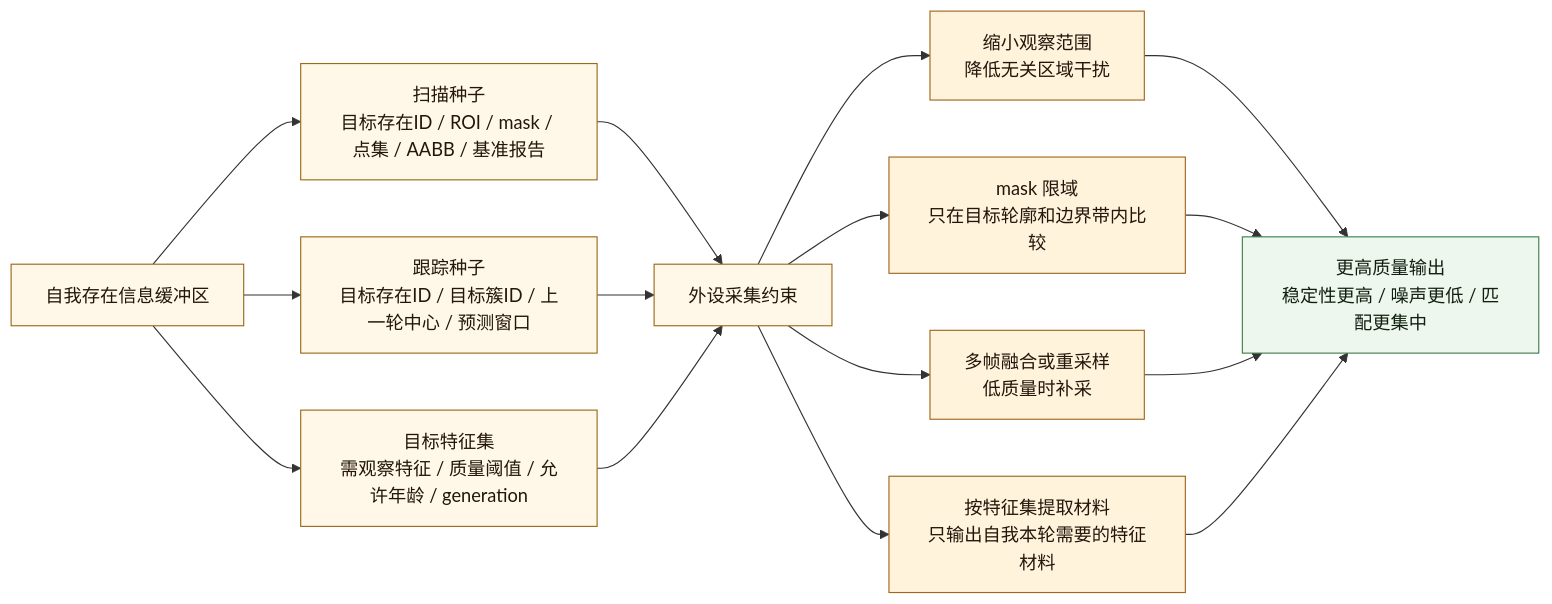
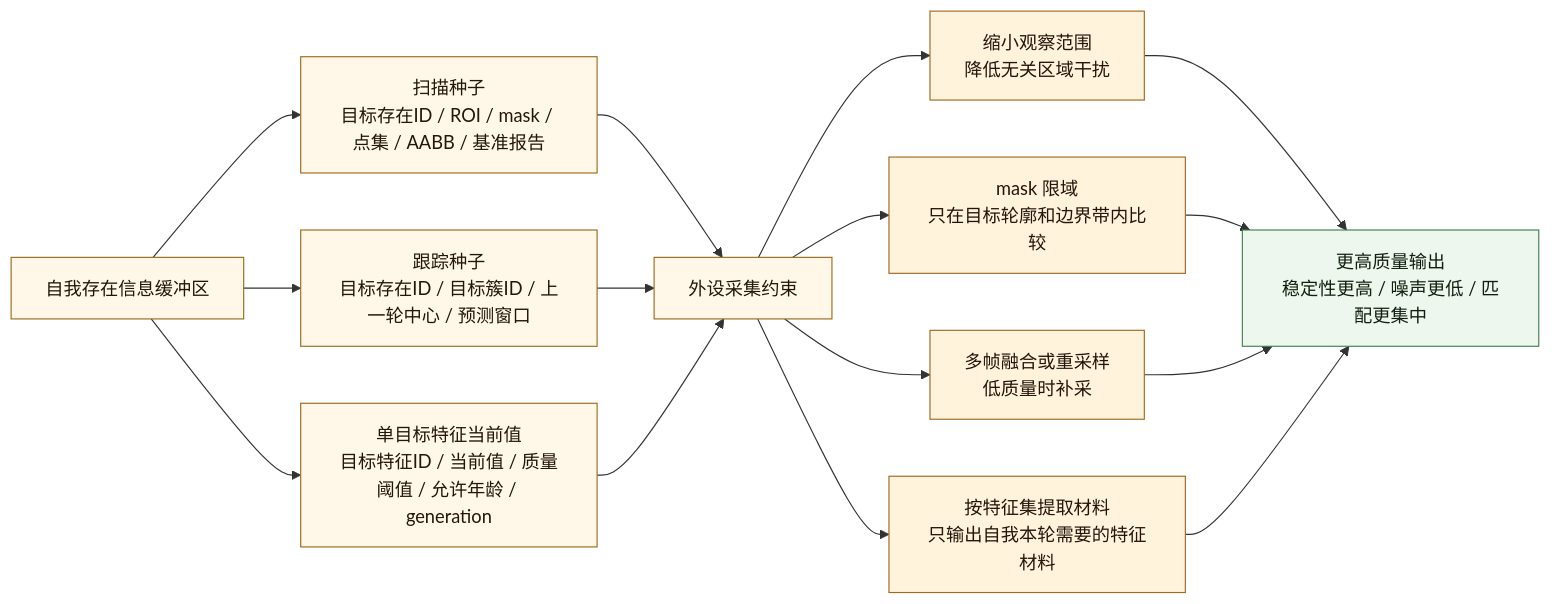
The second of 3 diagrams in 流程图/20260606_D455外设侧工作流程图_v0.2.md (chunhaizh-cyber/Birthplace-of-digital-civilization), drawn with Mermaid before and after one commit. The commit also changed other lines of this file and 5 other files, not shown here.

````diff
--- a/流程图/20260606_D455外设侧工作流程图_v0.2.md
+++ b/流程图/20260606_D455外设侧工作流程图_v0.2.md
@@ -139,29 +139,29 @@
 ```mermaid
 flowchart LR
     A["自我存在信息缓冲区"]
     B["扫描种子<br/>目标存在ID / ROI / mask / 点集 / AABB / 基准报告"]
     C["跟踪种子<br/>目标存在ID / 目标簇ID / 上一轮中心 / 预测窗口"]
-    D["目标特征集<br/>需观察特征 / 质量阈值 / 允许年龄 / generation"]
+    D["单目标特征当前值<br/>目标特征ID / 当前值 / 质量阈值 / 允许年龄 / generation"]
     E["外设采集约束"]
     F["缩小观察范围<br/>降低无关区域干扰"]
     G["mask 限域<br/>只在目标轮廓和边界带内比较"]
     H["多帧融合或重采样<br/>低质量时补采"]
     I["按特征集提取材料<br/>只输出自我本轮需要的特征材料"]
     J["更高质量输出<br/>稳定性更高 / 噪声更低 / 匹配更集中"]
 
     A --> B --> E
     A --> C --> E
     A --> D --> E
     E --> F --> J
     E --> G --> J
     E --> H --> J
     E --> I --> J
 
     classDef buffer fill:#fff8e8,stroke:#9a6a1a,color:#24160a;
     classDef improve fill:#fff3dc,stroke:#a0671e,color:#24160a;
     classDef output fill:#eef7ed,stroke:#3f7f4f,color:#102010;
 
     class A,B,C,D,E buffer;
     class F,G,H,I improve;
     class J output;
 ```
````
